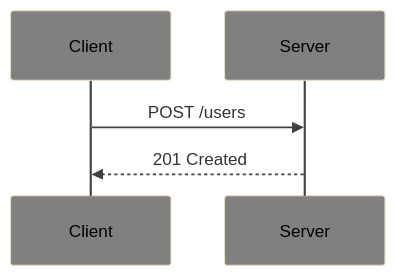
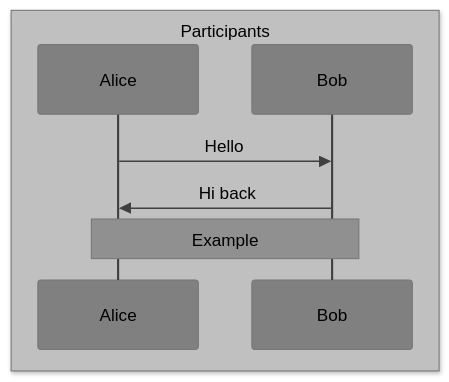
One commit to orlandobrent/deft changed the third of 4 diagrams in languages/mermaid.md. Above: the diagram before and after it, drawn with Mermaid. The commit also changed other lines of this file and 3 other files, not shown here.

First line of the commit message:
docs: codify Mermaid GitHub/Gist sequence guidance

````diff
--- a/languages/mermaid.md
+++ b/languages/mermaid.md
@@ -70,12 +82,25 @@
 ```mermaid
 %%{init: {'theme': 'base', 'themeVariables': {
-  'actorBkg': '#808080', 'actorTextColor': '#000000',
-  'actorLineColor': '#404040', 'signalColor': '#404040',
-  'noteTextColor': '#000000', 'noteBkgColor': '#909090'
+  'primaryTextColor': '#000000',
+  'secondaryTextColor': '#000000',
+  'tertiaryTextColor': '#000000',
+  'noteTextColor': '#000000',
+  'primaryColor': '#909090',
+  'secondaryColor': '#808080',
+  'tertiaryColor': '#707070',
+  'lineColor': '#404040',
+  'actorLineColor': '#404040',
+  'signalColor': '#404040',
+  'actorBkg': '#808080',
+  'actorTextColor': '#000000',
+  'noteBkgColor': '#909090'
 }}}%%
 sequenceDiagram
-    participant C as Client
-    participant S as Server
-    C->>S: POST /users
-    S-->>C: 201 Created
+    box rgb(192, 192, 192) Participants
+        participant A as Alice
+        participant B as Bob
+    end
+    A->>B: Hello
+    B->>A: Hi back
+    Note over A,B: Example
 ```
````
